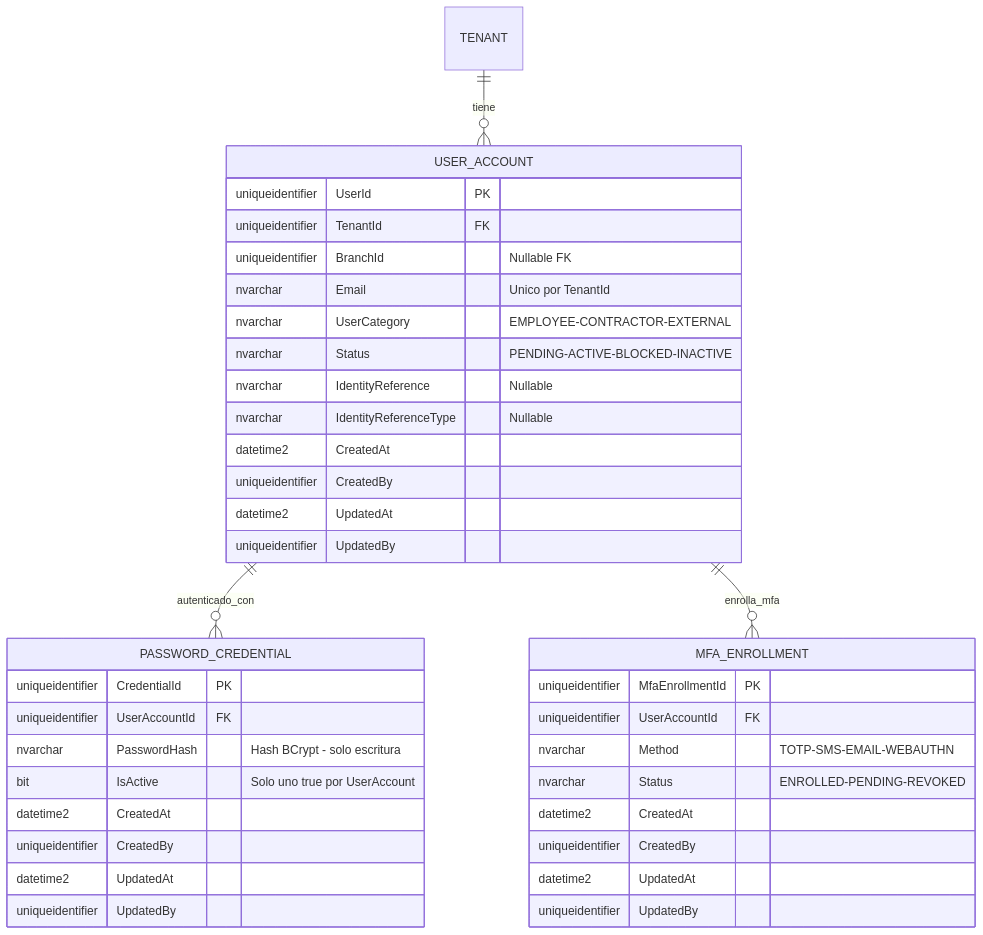
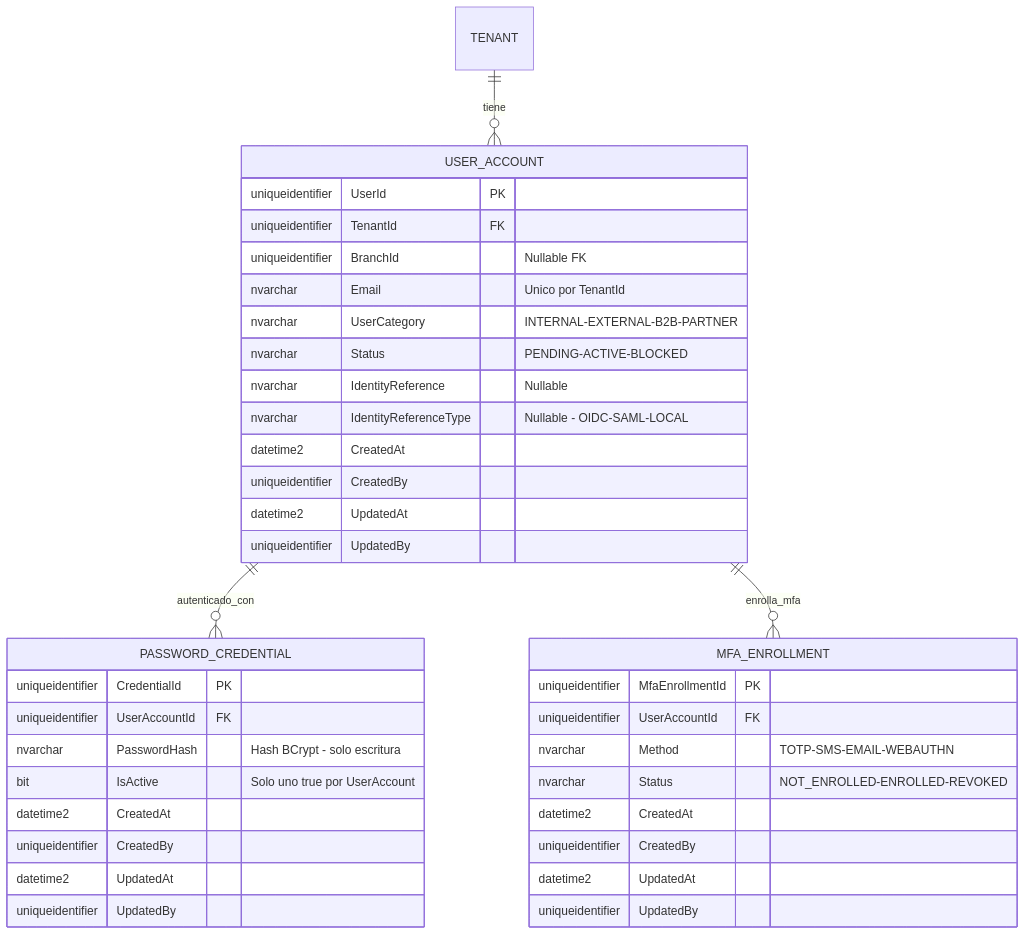
Before and after one commit to beyondnetcode/ums: the eighth of 9 diagrams in docs/domain-es/identity/user-account.md, drawn with Mermaid. The commit also changed other lines of this file and 19 other files, not shown here.

````diff
--- a/docs/domain-es/identity/user-account.md
+++ b/docs/domain-es/identity/user-account.md
@@ -271,43 +272,43 @@
 ```mermaid
 erDiagram
     TENANT ||--o{ USER_ACCOUNT : "tiene"
     USER_ACCOUNT ||--o{ PASSWORD_CREDENTIAL : "autenticado_con"
     USER_ACCOUNT ||--o{ MFA_ENROLLMENT : "enrolla_mfa"
 
     USER_ACCOUNT {
         uniqueidentifier UserId PK
         uniqueidentifier TenantId FK
         uniqueidentifier BranchId "Nullable FK"
         nvarchar Email "Unico por TenantId"
-        nvarchar UserCategory "EMPLOYEE-CONTRACTOR-EXTERNAL"
-        nvarchar Status "PENDING-ACTIVE-BLOCKED-INACTIVE"
+        nvarchar UserCategory "INTERNAL-EXTERNAL-B2B-PARTNER"
+        nvarchar Status "PENDING-ACTIVE-BLOCKED"
         nvarchar IdentityReference "Nullable"
-        nvarchar IdentityReferenceType "Nullable"
+        nvarchar IdentityReferenceType "Nullable - OIDC-SAML-LOCAL"
         datetime2 CreatedAt
         uniqueidentifier CreatedBy
         datetime2 UpdatedAt
         uniqueidentifier UpdatedBy
     }
 
     PASSWORD_CREDENTIAL {
         uniqueidentifier CredentialId PK
         uniqueidentifier UserAccountId FK
         nvarchar PasswordHash "Hash BCrypt - solo escritura"
         bit IsActive "Solo uno true por UserAccount"
         datetime2 CreatedAt
         uniqueidentifier CreatedBy
         datetime2 UpdatedAt
         uniqueidentifier UpdatedBy
     }
 
     MFA_ENROLLMENT {
         uniqueidentifier MfaEnrollmentId PK
         uniqueidentifier UserAccountId FK
         nvarchar Method "TOTP-SMS-EMAIL-WEBAUTHN"
-        nvarchar Status "ENROLLED-PENDING-REVOKED"
+        nvarchar Status "NOT_ENROLLED-ENROLLED-REVOKED"
         datetime2 CreatedAt
         uniqueidentifier CreatedBy
         datetime2 UpdatedAt
         uniqueidentifier UpdatedBy
     }
 ```
````
